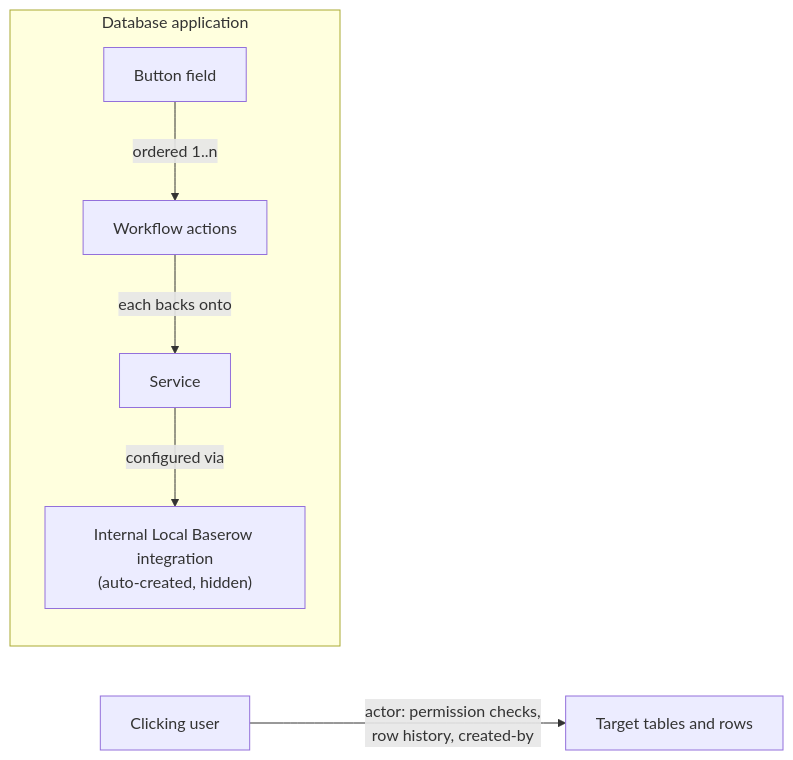
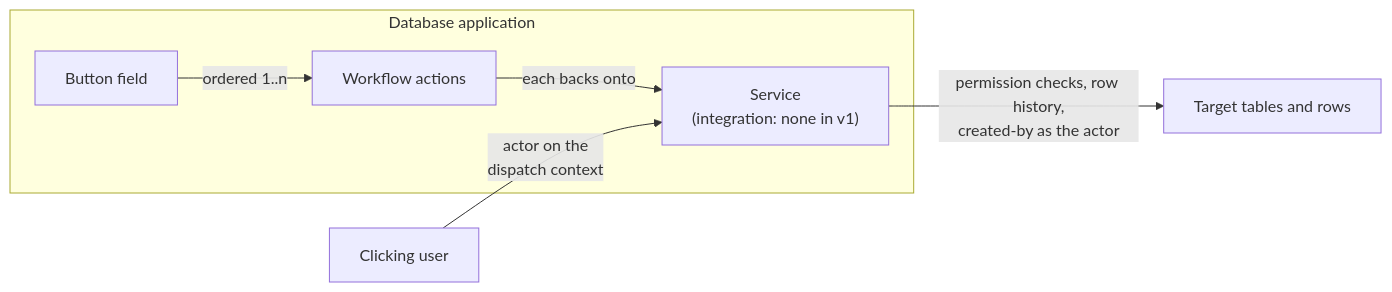
The third of 4 diagrams in docs/decisions/006-button-field-workflow-actions.md (baserow/baserow), drawn with Mermaid before and after one commit. The commit also changed other lines of this file, not shown here.

First line of the commit message:
docs: drop the integration requirement for v1 button actions

````diff
--- a/docs/decisions/006-button-field-workflow-actions.md
+++ b/docs/decisions/006-button-field-workflow-actions.md
@@ -215,10 +224,9 @@
 ```mermaid
 flowchart LR
     subgraph app ["Database application"]
         BF["Button field"] -->|ordered 1..n| WA["Workflow actions"]
-        WA -->|each backs onto| S["Service"]
-        I["Internal Local Baserow integration<br/>(auto-created, hidden)"]
+        WA -->|each backs onto| S["Service<br/>(integration: none in v1)"]
     end
-    S -->|configured via| I
-    U["Clicking user"] -->|actor: permission checks,<br/>row history, created-by| T["Target tables and rows"]
+    U["Clicking user"] -->|actor on the<br/>dispatch context| S
+    S -->|permission checks, row history,<br/>created-by as the actor| T["Target tables and rows"]
 ```
````
